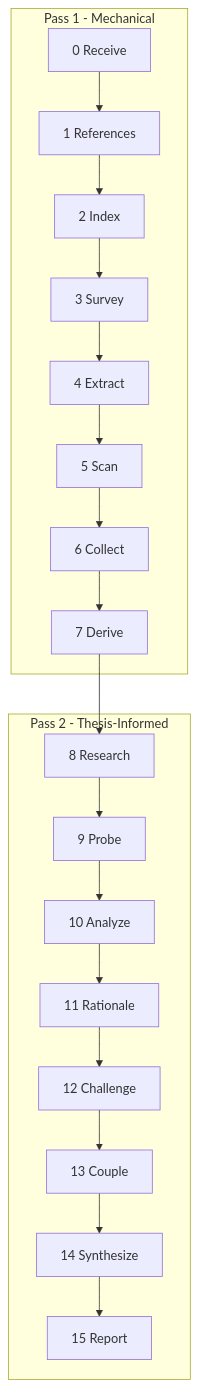
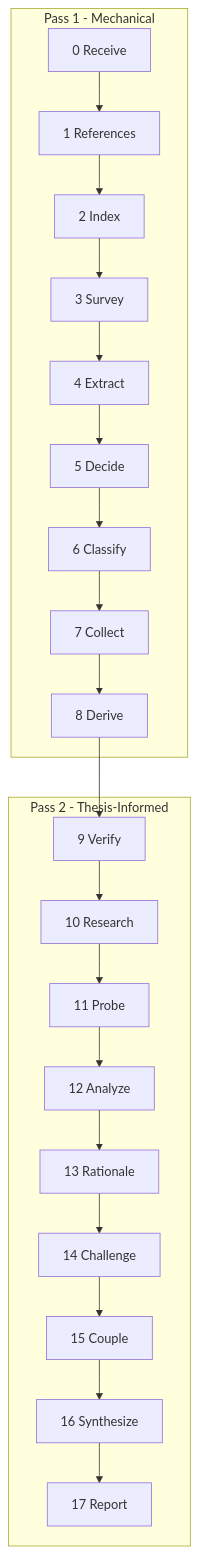
The diagram in packages/assay/src/assay/assay.md (sabriguenes/wg21-paperflow), drawn with Mermaid before and after one commit. The commit also changed other lines of this file and 96 other files, not shown here.

````diff
--- a/packages/assay/src/assay/assay.md
+++ b/packages/assay/src/assay/assay.md
@@ -5,22 +5,24 @@
 ```mermaid
 flowchart TD
     subgraph pass1 [Pass 1 - Mechanical]
         S0[0 Receive] --> S1[1 References]
         S1 --> S2[2 Index]
         S2 --> S3[3 Survey]
         S3 --> S4[4 Extract]
-        S4 --> S5[5 Scan]
-        S5 --> S6[6 Collect]
-        S6 --> S7[7 Derive]
+        S4 --> S5[5 Decide]
+        S5 --> S6[6 Classify]
+        S6 --> S7[7 Collect]
+        S7 --> S8[8 Derive]
     end
     subgraph pass2 [Pass 2 - Thesis-Informed]
-        S7 --> S8[8 Research]
-        S8 --> S9[9 Probe]
-        S9 --> S10[10 Analyze]
-        S10 --> S11[11 Rationale]
-        S11 --> S12[12 Challenge]
-        S12 --> S13[13 Couple]
-        S13 --> S14[14 Synthesize]
-        S14 --> S15[15 Report]
+        S8 --> S9[9 Verify]
+        S9 --> S10[10 Research]
+        S10 --> S11[11 Probe]
+        S11 --> S12[12 Analyze]
+        S12 --> S13[13 Rationale]
+        S13 --> S14[14 Challenge]
+        S14 --> S15[15 Couple]
+        S15 --> S16[16 Synthesize]
+        S16 --> S17[17 Report]
     end
 ```
````
